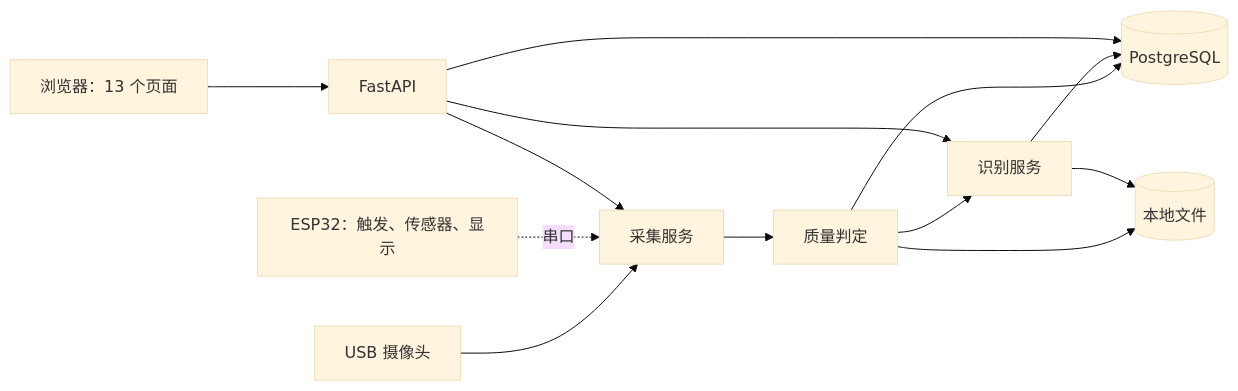
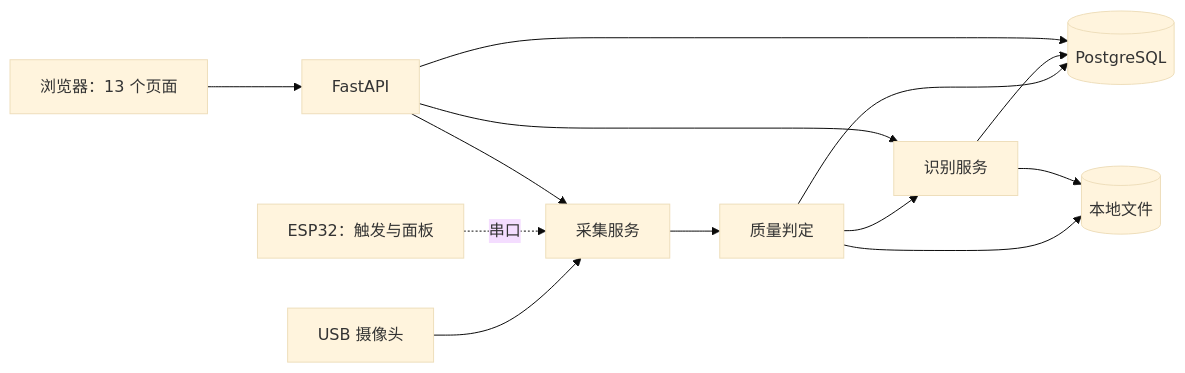
The first of 2 diagrams in docs/architecture-zh.md (FrozenYty/aquavision), drawn with Mermaid (base theme) before and after one commit. The commit also changed other lines of this file and 34 other files, not shown here.

````diff
--- a/docs/architecture-zh.md
+++ b/docs/architecture-zh.md
@@ -21,15 +21,15 @@
 ```mermaid
 flowchart LR
     CAM[USB 摄像头] --> CAP[采集服务]
-    MCU[ESP32：触发、传感器、显示] -. 串口 .-> CAP
+    MCU[ESP32：触发与面板] -. 串口 .-> CAP
     CAP --> Q[质量判定]
     Q --> DB[(PostgreSQL)]
     Q --> FS[(本地文件)]
     Q --> DET[识别服务]
     DET --> DB
     DET --> FS
     WEB[浏览器：13 个页面] --> API[FastAPI]
     API --> CAP
     API --> DET
     API --> DB
 ```
````
